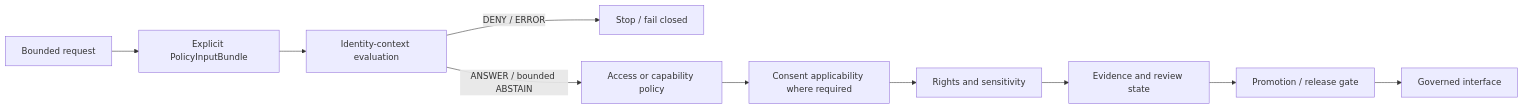
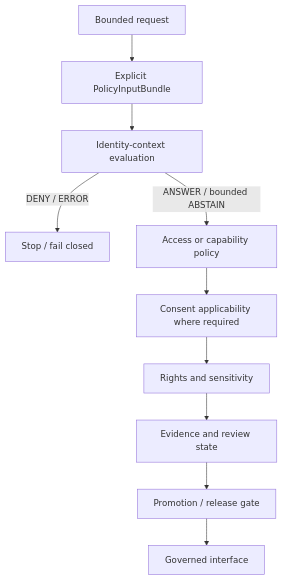
The diagram in policy/identity/README.md (bartytime4life/Kansas-Frontier-Matrix), drawn with Mermaid before and after one commit. The commit also changed other lines of this file, not shown here.

````diff
--- a/policy/identity/README.md
+++ b/policy/identity/README.md
@@ -568,12 +597,12 @@
 ```mermaid
-flowchart LR
+flowchart TD
     REQ["Bounded request"] --> INPUT["Explicit PolicyInputBundle"]
     INPUT --> ID["Identity-context evaluation"]
     ID -->|"DENY / ERROR"| STOP["Stop / fail closed"]
     ID -->|"ANSWER / bounded ABSTAIN"| ACCESS["Access or capability policy"]
     ACCESS --> CONSENT["Consent applicability where required"]
     CONSENT --> SENS["Rights and sensitivity"]
     SENS --> EVID["Evidence and review state"]
     EVID --> RELEASE["Promotion / release gate"]
     RELEASE --> API["Governed interface"]
 ```
````
